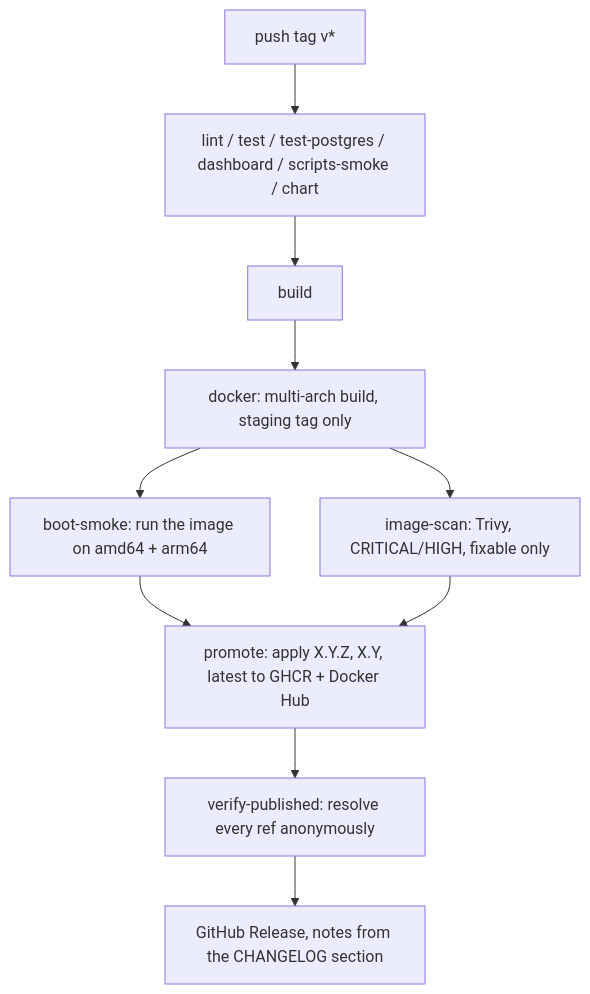
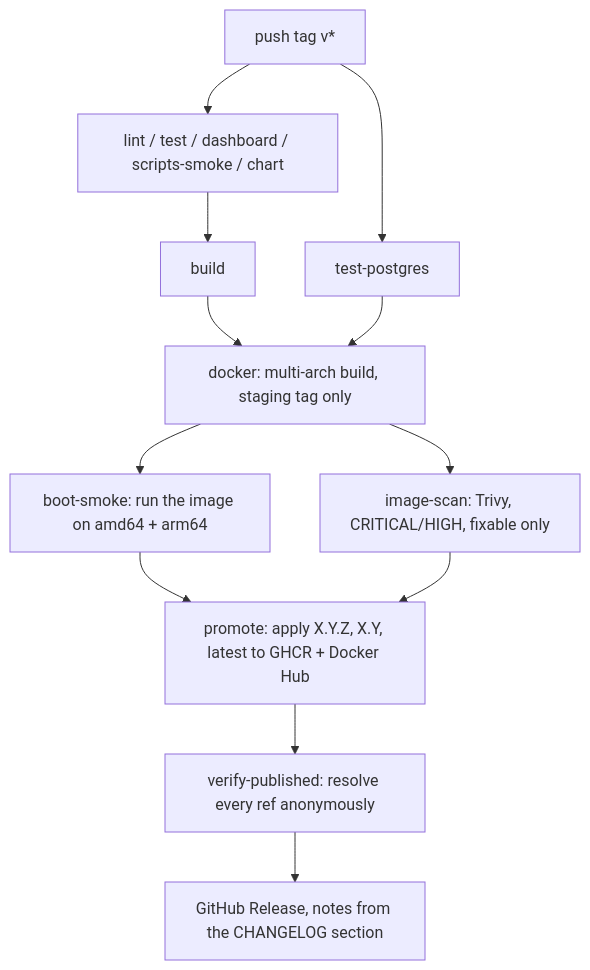
One commit to AntoineTROOVY/Sherlo changed the seventh of 7 diagrams in docs/15-project-roadmap.md. Above: the diagram before and after it, drawn with Mermaid.

Commit message:
docs(roadmap): show test-postgres gating docker, not build
release.yml's build job does not wait on test-postgres; only docker
does. The release flowchart drew test-postgres in front of build,
contradicting both the workflow and the paragraph above it.

````diff
--- a/docs/15-project-roadmap.md
+++ b/docs/15-project-roadmap.md
@@ -733,12 +733,14 @@
 ```mermaid
 flowchart TB
-    A[push tag v*] --> B[lint / test / test-postgres / dashboard / scripts-smoke / chart]
+    A[push tag v*] --> B[lint / test / dashboard / scripts-smoke / chart]
+    A --> T[test-postgres]
     B --> C[build]
     C --> D[docker: multi-arch build, staging tag only]
+    T --> D
     D --> E[boot-smoke: run the image on amd64 + arm64]
     D --> F[image-scan: Trivy, CRITICAL/HIGH, fixable only]
     E --> G[promote: apply X.Y.Z, X.Y, latest to GHCR + Docker Hub]
     F --> G
     G --> H[verify-published: resolve every ref anonymously]
     H --> I[GitHub Release, notes from the CHANGELOG section]
 ```
````
